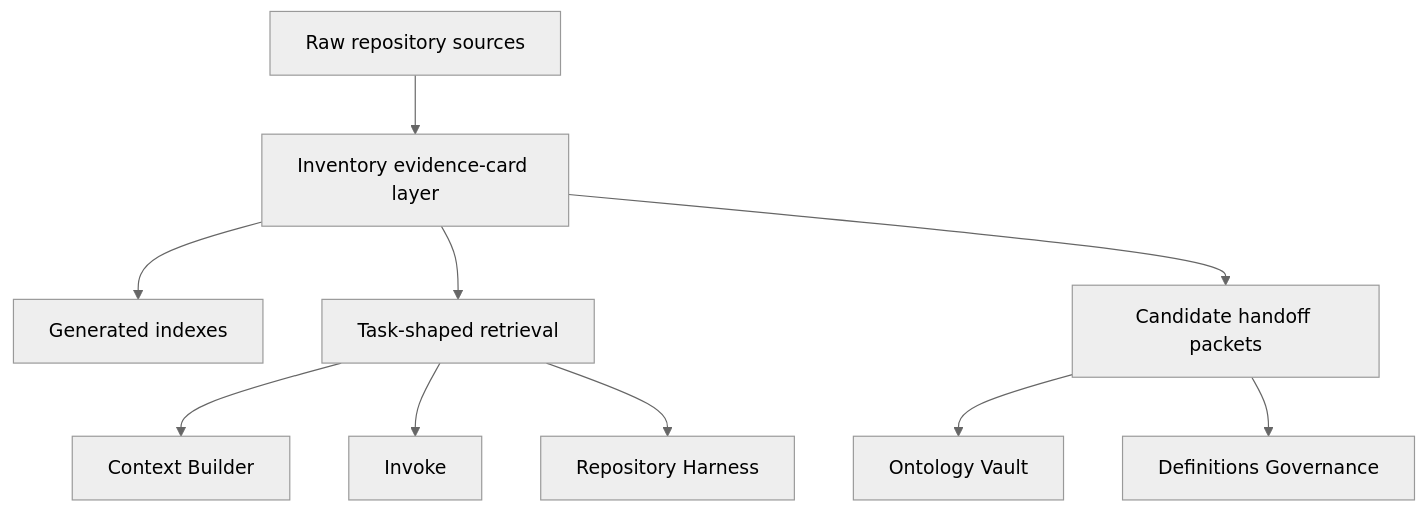
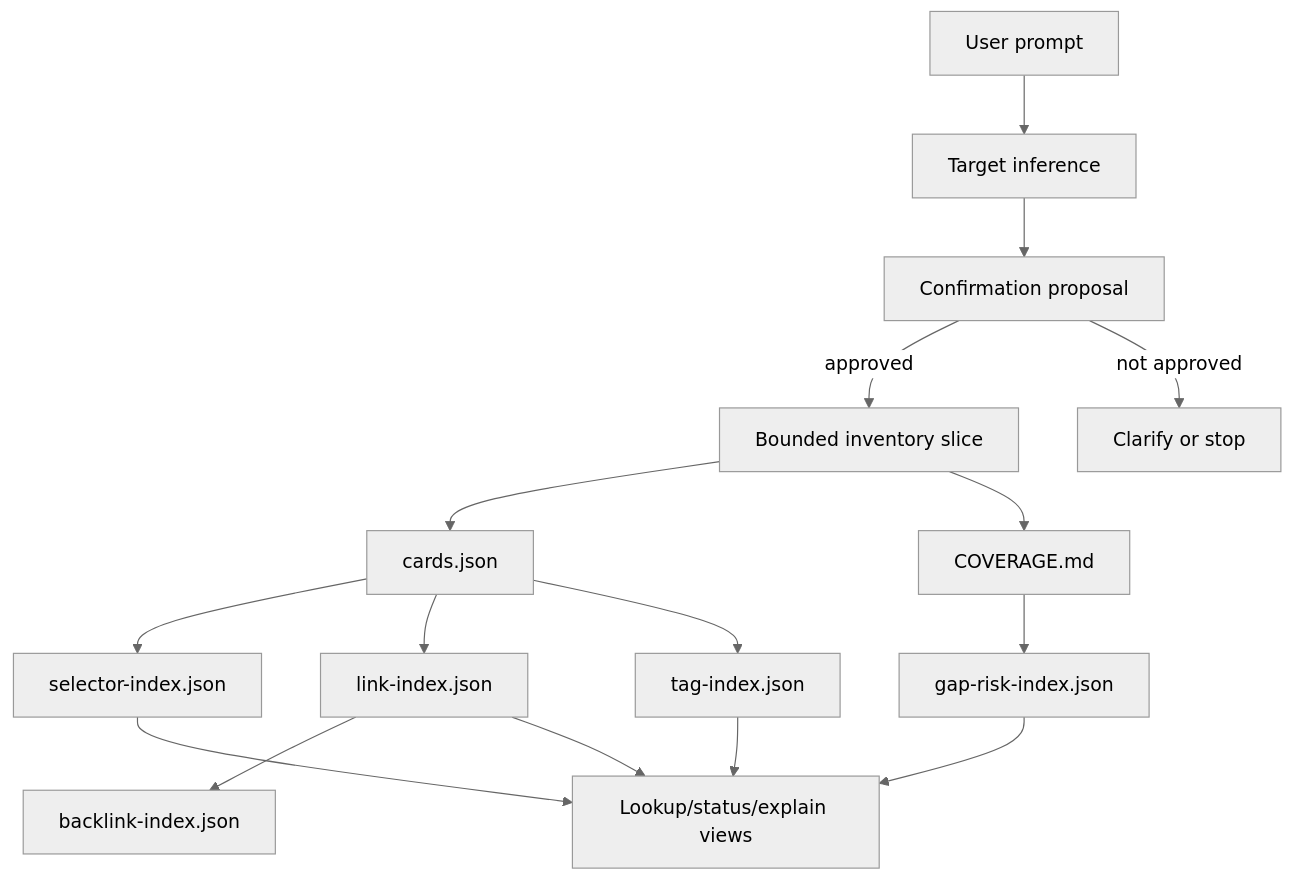
One commit to cyberAlchemyAI/Arcanum changed the diagram in arcana/inventory/development/ARCHITECTURE.md. Above: the diagram before and after it, drawn with Mermaid (neutral theme). The commit also changed other lines of this file and 121 other files, not shown here.

First line of the commit message:
inventory: pivot to interface-indexing architecture

````diff
--- a/arcana/inventory/development/ARCHITECTURE.md
+++ b/arcana/inventory/development/ARCHITECTURE.md
@@ -41,12 +64,18 @@
 ```mermaid
 graph TD
-    Raw[Raw repository sources] --> Inventory[Inventory evidence-card layer]
-    Inventory --> Indexes[Generated indexes]
-    Inventory --> Retrieval[Task-shaped retrieval]
-    Retrieval --> ContextBuilder[Context Builder]
-    Retrieval --> Invoke[Invoke]
-    Retrieval --> Harness[Repository Harness]
-    Inventory --> Handoffs[Candidate handoff packets]
-    Handoffs --> Ontology[Ontology Vault]
-    Handoffs --> Definitions[Definitions Governance]
+    Prompt[User prompt] --> Infer[Target inference]
+    Infer --> Confirm[Confirmation proposal]
+    Confirm -->|approved| Slice[Bounded inventory slice]
+    Confirm -->|not approved| Ask[Clarify or stop]
+    Slice --> Cards[cards.json]
+    Slice --> Coverage[COVERAGE.md]
+    Cards --> Selector[selector-index.json]
+    Cards --> Link[link-index.json]
+    Link --> Backlink[backlink-index.json]
+    Cards --> Tags[tag-index.json]
+    Coverage --> Gap[gap-risk-index.json]
+    Selector --> Lookup[Lookup/status/explain views]
+    Link --> Lookup
+    Tags --> Lookup
+    Gap --> Lookup
 ```
````
